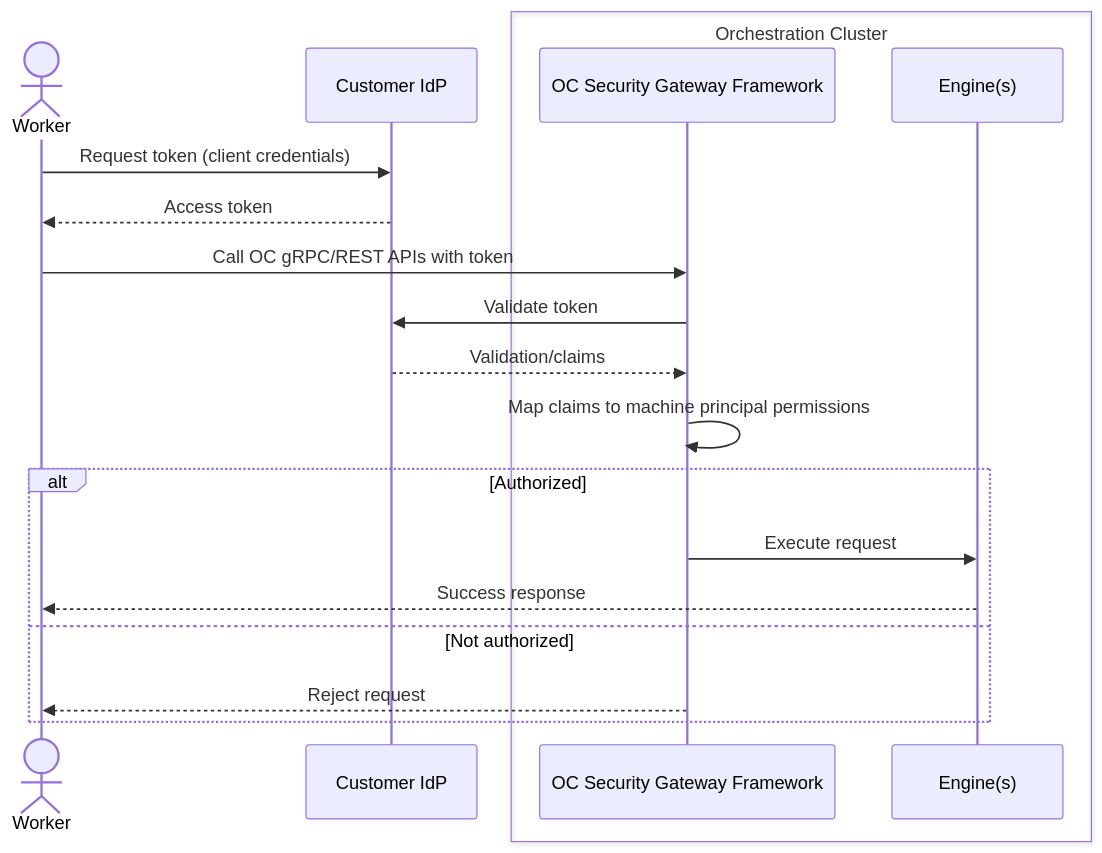
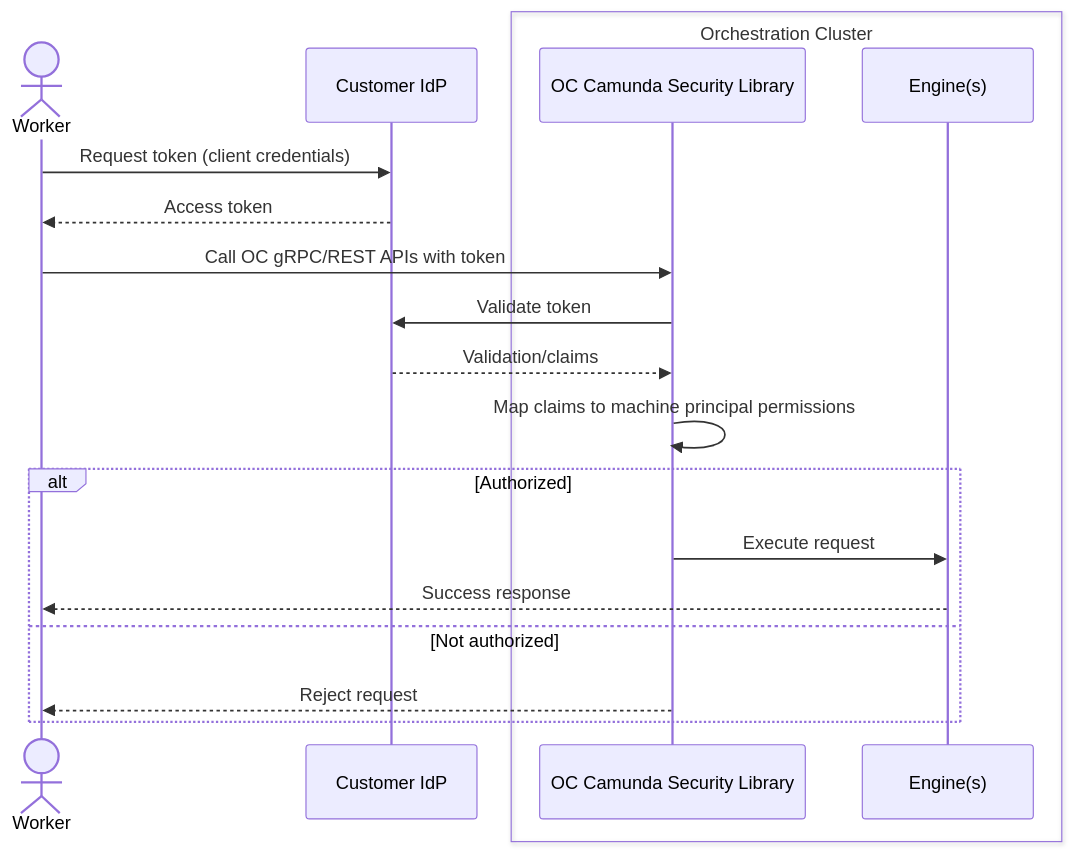
One commit to camunda/camunda-security-library changed diagram 18 of 22 in docs/architecture_docs.md. Above: the diagram before and after it, drawn with Mermaid. The commit also changed other lines of this file and 6 other files, not shown here.

````diff
--- a/docs/architecture_docs.md
+++ b/docs/architecture_docs.md
@@ -1628,22 +1626,22 @@
 ```mermaid
 sequenceDiagram
   actor Worker
   participant IdP as Customer IdP
   box Orchestration Cluster
-    participant OCSGF as OC Security Gateway Framework
+    participant OCSLF as OC Camunda Security Library
     participant Engine as Engine(s)
   end
 
   Worker->>IdP: Request token (client credentials)
   IdP-->>Worker: Access token
-  Worker->>OCSGF: Call OC gRPC/REST APIs with token
-  OCSGF->>IdP: Validate token
-  IdP-->>OCSGF: Validation/claims
-  OCSGF->>OCSGF: Map claims to machine principal permissions
+  Worker->>OCSLF: Call OC gRPC/REST APIs with token
+  OCSLF->>IdP: Validate token
+  IdP-->>OCSLF: Validation/claims
+  OCSLF->>OCSLF: Map claims to machine principal permissions
   alt Authorized
-    OCSGF->>Engine: Execute request
+    OCSLF->>Engine: Execute request
     Engine-->>Worker: Success response
   else Not authorized
-    OCSGF-->>Worker: Reject request
+    OCSLF-->>Worker: Reject request
   end
 ```
````
